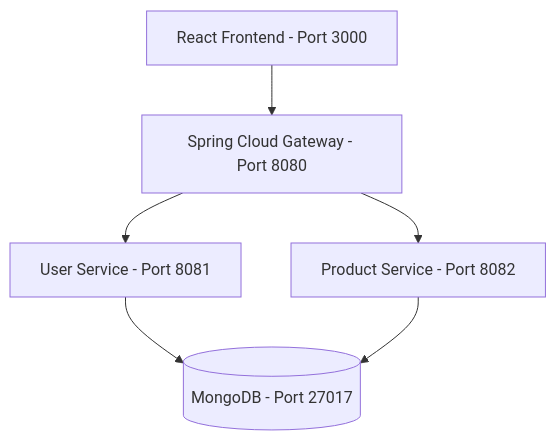
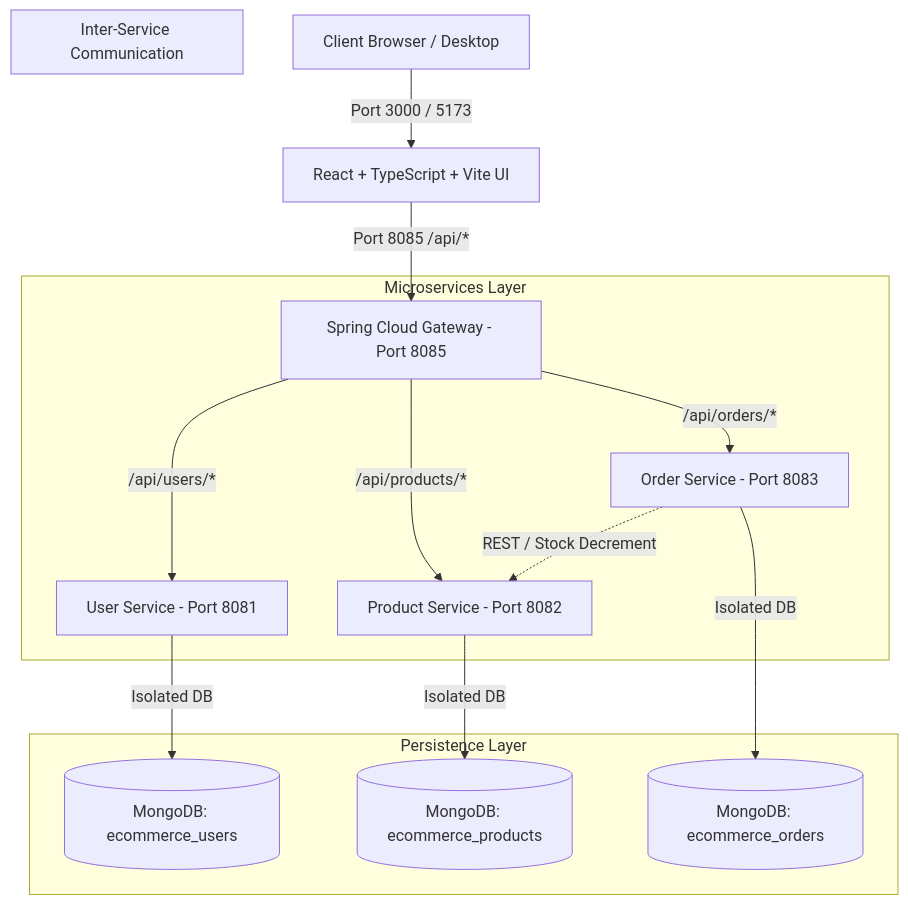
Before and after one commit to Ankit8810770036/Full-Stack-E-Commerce-Platform: the diagram in README.md, drawn with Mermaid. The commit also changed other lines of this file and 101 other files, not shown here.

Commit message:
feat: complete microservices e-commerce platform with order service, robust UI, and documentation

````diff
--- a/README.md
+++ b/README.md
@@ -6,8 +26,21 @@
 ```mermaid
 graph TD
-    Client[React Frontend - Port 3000] --> Gateway[Spring Cloud Gateway - Port 8080]
-    Gateway --> UserService[User Service - Port 8081]
-    Gateway --> ProductService[Product Service - Port 8082]
-    UserService --> MongoDB[(MongoDB - Port 27017)]
-    ProductService --> MongoDB
+    UserClient[Client Browser / Desktop] -->|Port 3000 / 5173| Frontend[React + TypeScript + Vite UI]
+    Frontend -->|Port 8085 /api/*| Gateway[Spring Cloud Gateway - Port 8085]
+    
+    subgraph Microservices Layer
+        Gateway -->|/api/users/*| UserService[User Service - Port 8081]
+        Gateway -->|/api/products/*| ProductService[Product Service - Port 8082]
+        Gateway -->|/api/orders/*| OrderService[Order Service - Port 8083]
+    end
+
+    subgraph Persistence Layer
+        UserService -->|Isolated DB| DB1[(MongoDB: ecommerce_users)]
+        ProductService -->|Isolated DB| DB2[(MongoDB: ecommerce_products)]
+        OrderService -->|Isolated DB| DB3[(MongoDB: ecommerce_orders)]
+    end
+
+    subgraph Inter-Service Communication
+        OrderService -.->|REST / Stock Decrement| ProductService
+    end
 ```
````
